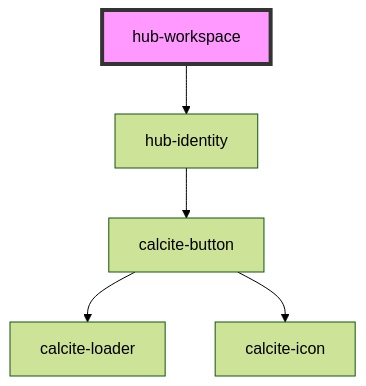
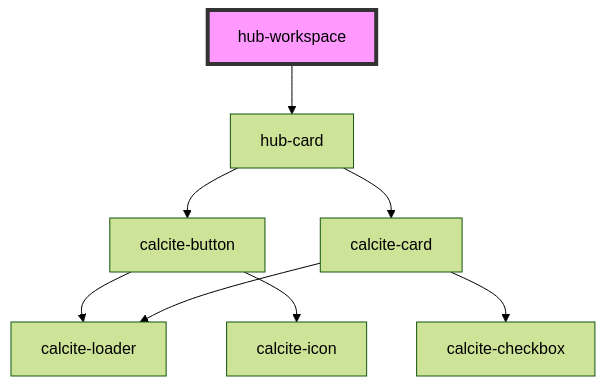
Before and after one commit to esridc/hub-components-experiments: the diagram in src/components/hub-workspace/readme.md, drawn with Mermaid (forest theme). The commit also changed other lines of this file and 9 other files, not shown here.

````diff
--- a/src/components/hub-workspace/readme.md
+++ b/src/components/hub-workspace/readme.md
@@ -22,8 +22,11 @@
 ```mermaid
 graph TD;
-  hub-workspace --> hub-identity
-  hub-identity --> calcite-button
+  hub-workspace --> hub-card
+  hub-card --> calcite-button
+  hub-card --> calcite-card
   calcite-button --> calcite-loader
   calcite-button --> calcite-icon
+  calcite-card --> calcite-loader
+  calcite-card --> calcite-checkbox
   style hub-workspace fill:#f9f,stroke:#333,stroke-width:4px
 ```
````
